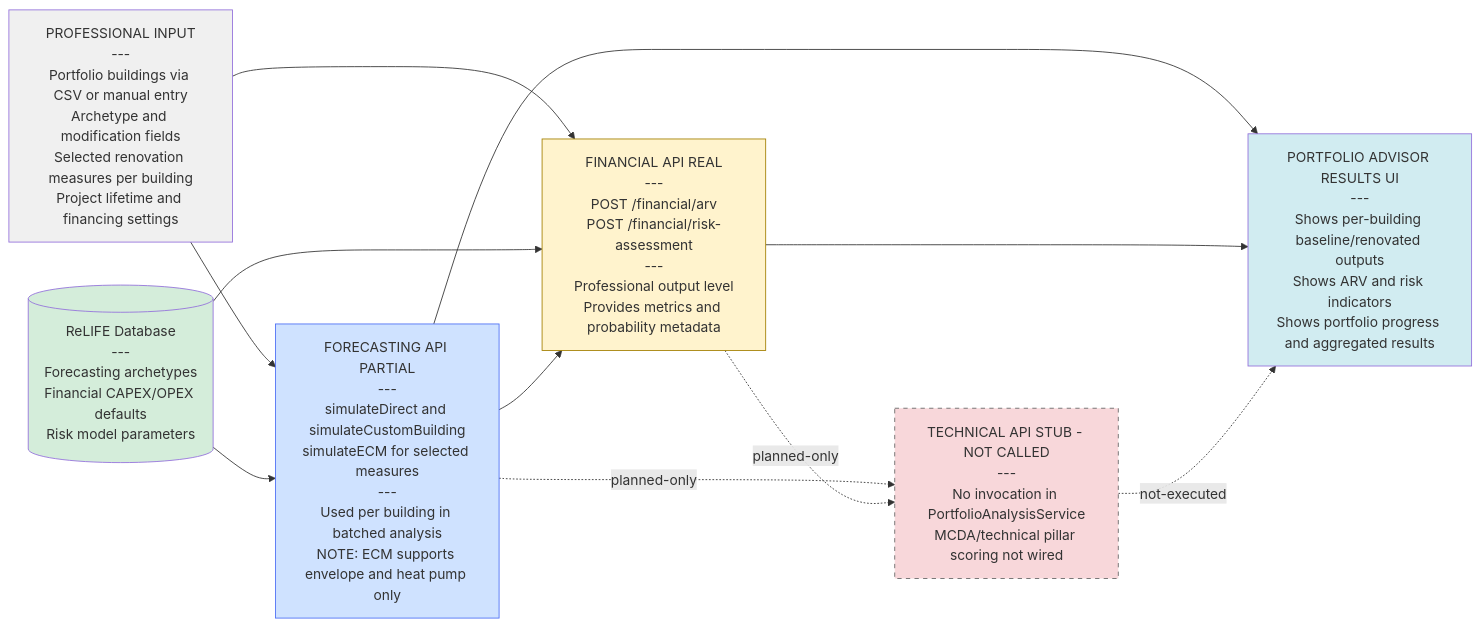
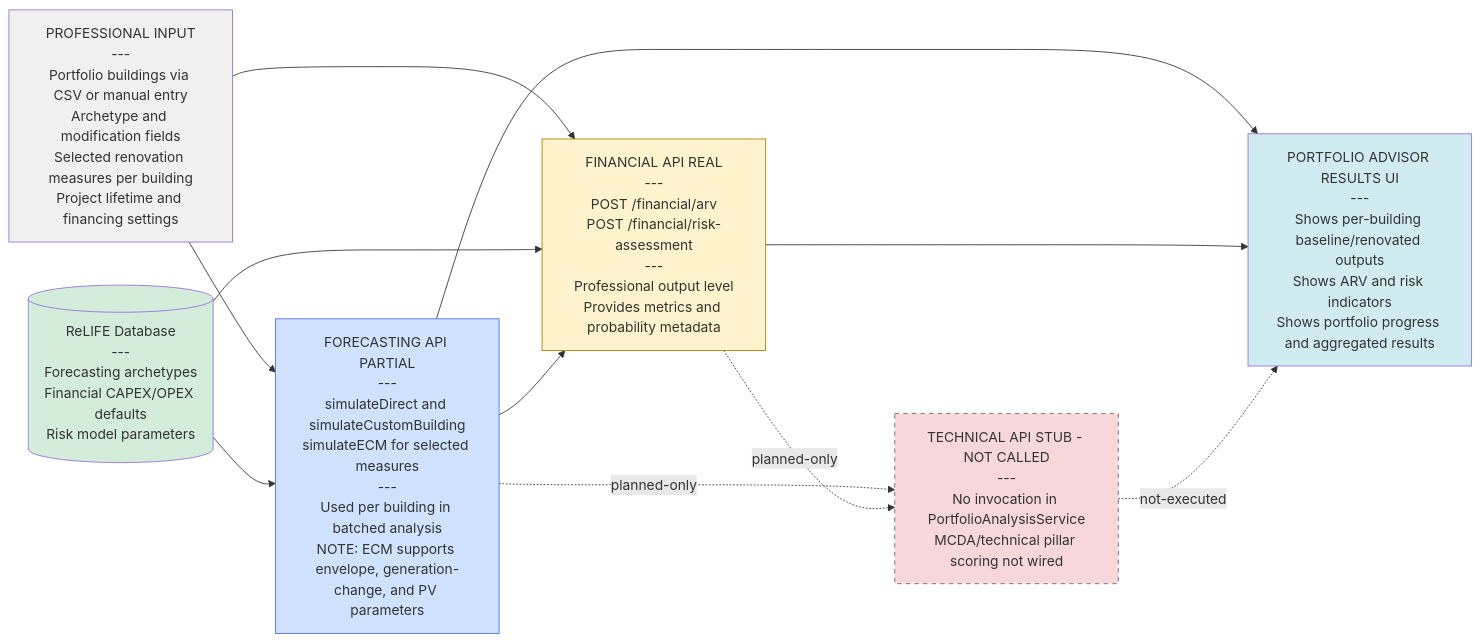
One commit to ReLIFE-Project-EU/relife-web-ui changed the fourth of 6 diagrams in README.md. Above: the diagram before and after it, drawn with Mermaid. The commit also changed other lines of this file, not shown here.

Commit message:
📝 Update renovation architecture docs

````diff
--- a/README.md
+++ b/README.md
@@ -162,32 +162,32 @@
 ```mermaid
 flowchart LR
     ProfessionalInput["PROFESSIONAL INPUT<br/>---<br/>Portfolio buildings via CSV or manual entry<br/>Archetype and modification fields<br/>Selected renovation measures per building<br/>Project lifetime and financing settings"]
 
     DB[("ReLIFE Database<br/>---<br/>Forecasting archetypes<br/>Financial CAPEX/OPEX defaults<br/>Risk model parameters")]
 
-    Forecasting["FORECASTING API PARTIAL<br/>---<br/>simulateDirect and simulateCustomBuilding<br/>simulateECM for selected measures<br/>---<br/>Used per building in batched analysis<br/>NOTE: ECM supports envelope and heat pump only"]
+    Forecasting["FORECASTING API PARTIAL<br/>---<br/>simulateDirect and simulateCustomBuilding<br/>simulateECM for selected measures<br/>---<br/>Used per building in batched analysis<br/>NOTE: ECM supports envelope, generation-change, and PV parameters"]
 
     Financial["FINANCIAL API REAL<br/>---<br/>POST /financial/arv<br/>POST /financial/risk-assessment<br/>---<br/>Professional output level<br/>Provides metrics and probability metadata"]
 
     Technical["TECHNICAL API STUB - NOT CALLED<br/>---<br/>No invocation in PortfolioAnalysisService<br/>MCDA/technical pillar scoring not wired"]
 
     ProfessionalUI["PORTFOLIO ADVISOR RESULTS UI<br/>---<br/>Shows per-building baseline/renovated outputs<br/>Shows ARV and risk indicators<br/>Shows portfolio progress and aggregated results"]
 
     ProfessionalInput --> Forecasting
     DB --> Forecasting
     ProfessionalInput --> Financial
     DB --> Financial
     Forecasting --> Financial
     Forecasting --> ProfessionalUI
     Financial --> ProfessionalUI
     Forecasting -. planned-only .-> Technical
     Financial -. planned-only .-> Technical
     Technical -. not-executed .-> ProfessionalUI
 
     style ProfessionalInput fill:#f0f0f0
     style DB fill:#d4edda
     style Forecasting fill:#cfe2ff,stroke:#4c6ef5
     style Financial fill:#fff3cd,stroke:#a37f00
     style Technical fill:#f8d7da,stroke:#666,stroke-dasharray: 5 5
     style ProfessionalUI fill:#d1ecf1
 ```
````
